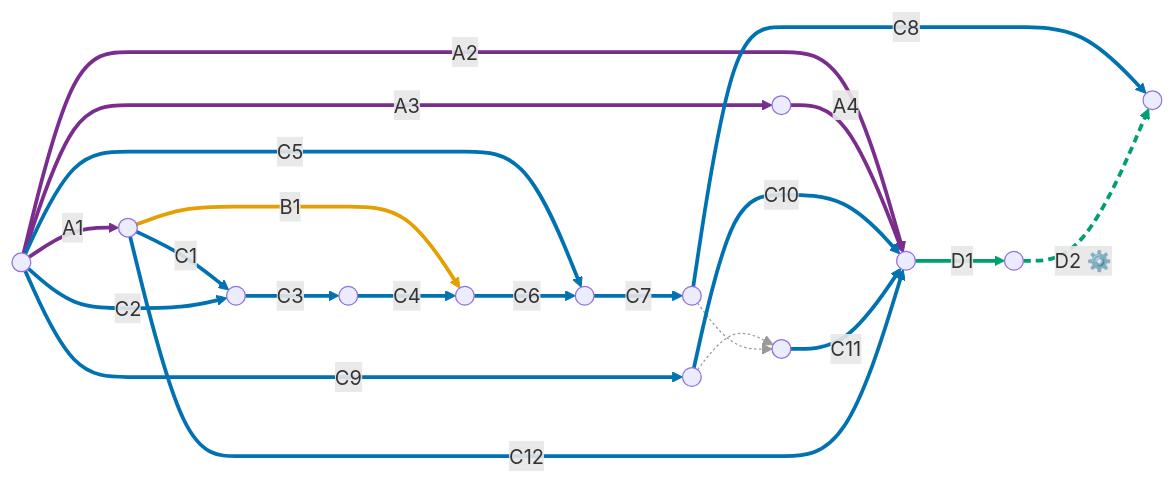
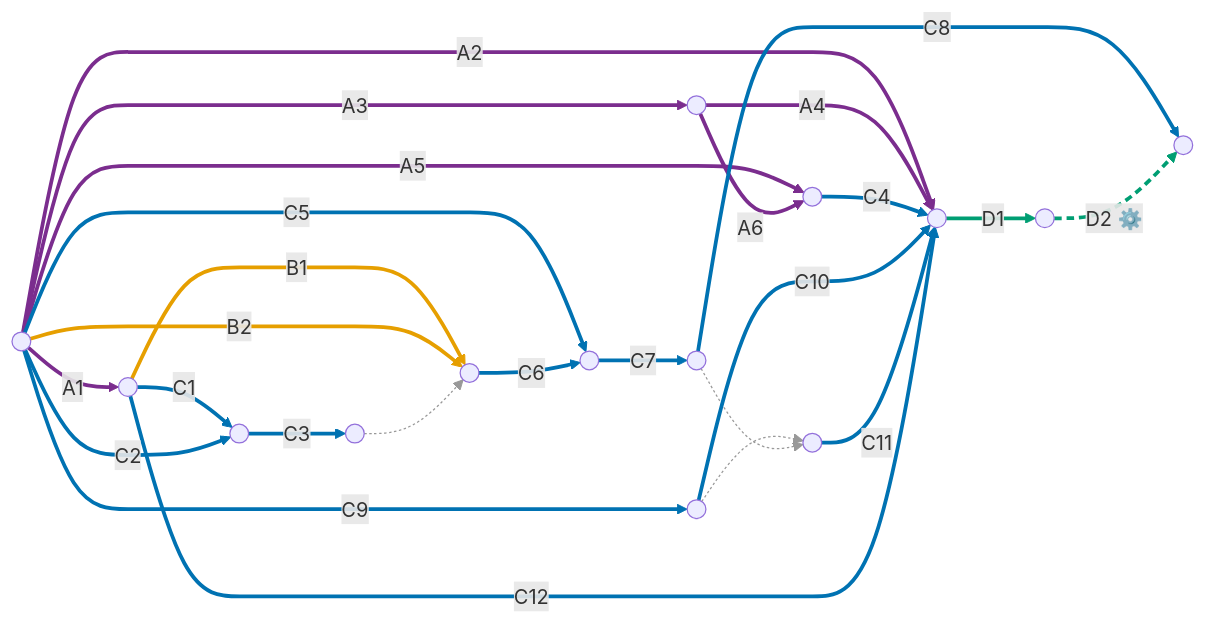
The diagram in docs/en-us/publish-internal-testing.md (monamienet/monamie-app), drawn with Mermaid before and after one commit. The commit also changed other lines of this file and 3 other files, not shown here.

````diff
--- a/docs/en-us/publish-internal-testing.md
+++ b/docs/en-us/publish-internal-testing.md
@@ -25,50 +25,55 @@
 ```mermaid
 flowchart LR
     nS((" "))
     nK((" "))
     nW((" "))
     nF1((" "))
     nF2((" "))
+    nCS((" "))
     nB((" "))
     nU((" "))
     nP((" "))
     nSA((" "))
     nI((" "))
     nCI((" "))
     nM((" "))
     nE((" "))
 
     nS -->|A1| nK
     nS -->|A2| nCI
     nS -->|A3| nW
     nW -->|A4| nCI
+    nS -->|A5| nCS
+    nW -->|A6| nCS
     nK -->|B1| nB
+    nS -->|B2| nB
     nK -->|C1| nF1
     nS -->|C2| nF1
     nF1 -->|C3| nF2
-    nF2 -->|C4| nB
+    nF2 -.-> nB
+    nCS -->|C4| nCI
     nS -->|C5| nU
     nB -->|C6| nU
     nU -->|C7| nP
     nP -->|C8| nE
     nS -->|C9| nSA
     nSA -.-> nI
     nP -.-> nI
     nSA -->|C10| nCI
     nI -->|C11| nCI
     nK -->|C12| nCI
     nCI -->|D1| nM
     nM -->|D2 ⚙️| nE
 
     %% once for the company (purple)
-    linkStyle 0,1,2,3 stroke:#7b2d8e,stroke-width:3px
+    linkStyle 0,1,2,3,4,5 stroke:#7b2d8e,stroke-width:3px
     %% once per machine (orange)
-    linkStyle 4 stroke:#e69f00,stroke-width:3px
+    linkStyle 6,7 stroke:#e69f00,stroke-width:3px
     %% once per app (blue)
-    linkStyle 5,6,7,8,9,10,11,12,13,16,17,18 stroke:#0072b2,stroke-width:3px
+    linkStyle 8,9,10,12,13,14,15,16,17,20,21,22 stroke:#0072b2,stroke-width:3px
     %% dependency only, no work (gray)
-    linkStyle 14,15 stroke:#999999,stroke-width:1px
+    linkStyle 11,18,19 stroke:#999999,stroke-width:1px
     %% every version: manual (green) and automatic (dashed green)
-    linkStyle 19 stroke:#009e73,stroke-width:3px
-    linkStyle 20 stroke:#009e73,stroke-width:3px,stroke-dasharray:6 4
+    linkStyle 23 stroke:#009e73,stroke-width:3px
+    linkStyle 24 stroke:#009e73,stroke-width:3px,stroke-dasharray:6 4
 ```
````
